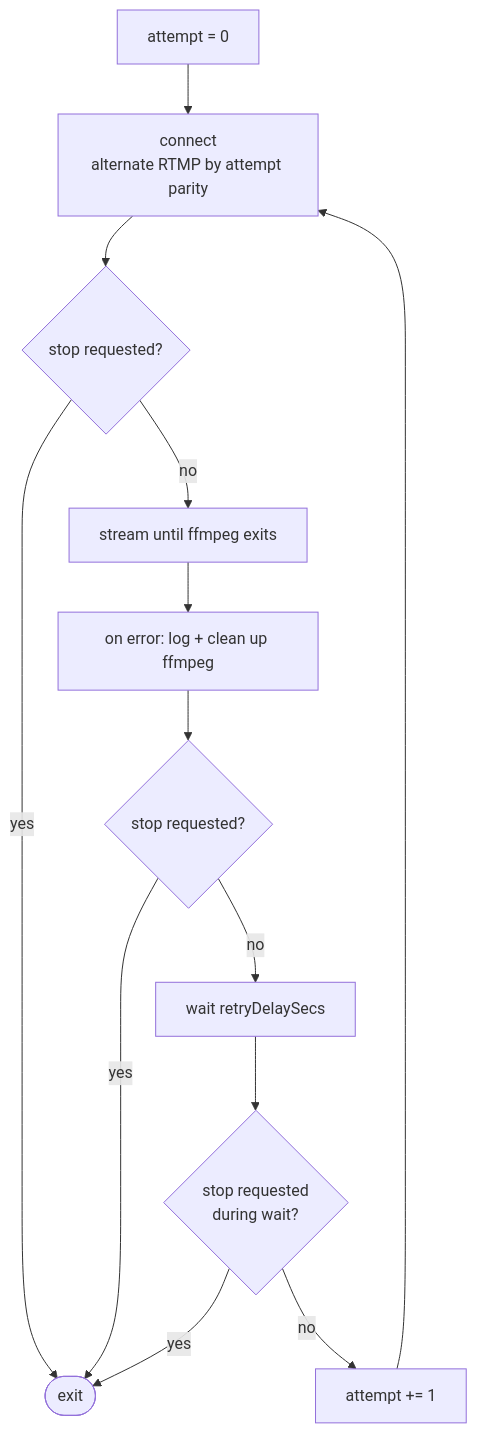
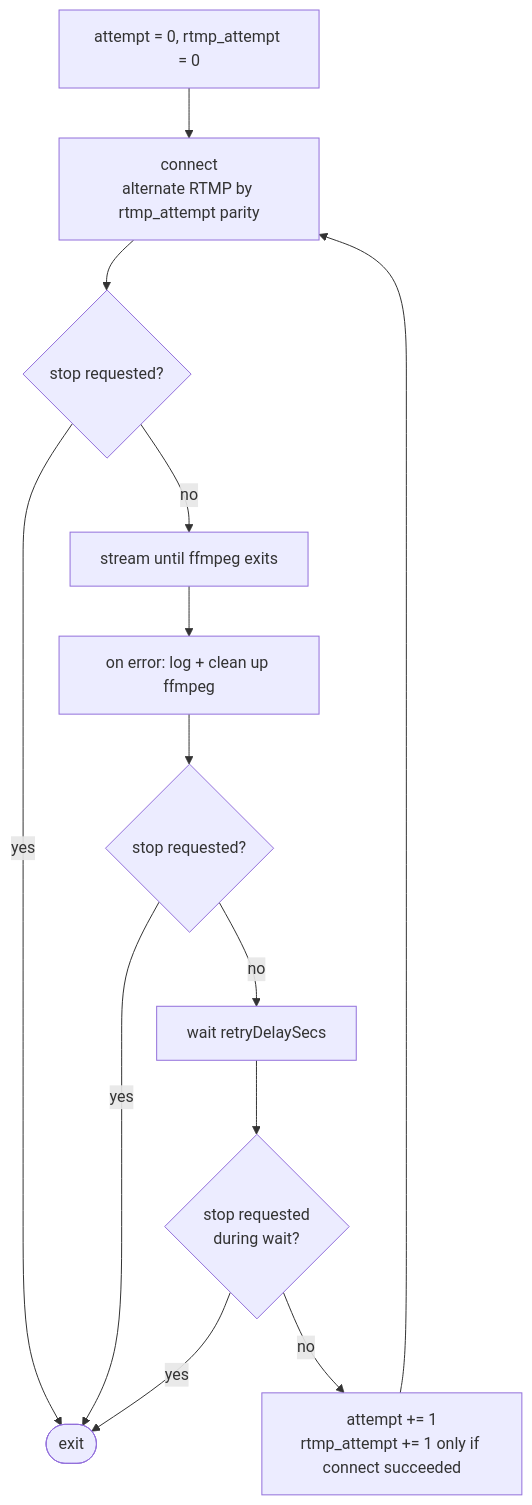
The diagram in docs/streaming.md (BCFreeFlight/Stream), drawn with Mermaid before and after one commit. The commit also changed other lines of this file and 17 other files, not shown here.

````diff
--- a/docs/streaming.md
+++ b/docs/streaming.md
@@ -54,15 +54,15 @@
 ```mermaid
 flowchart TD
-    A[attempt = 0] --> B[connect<br/>alternate RTMP by attempt parity]
+    A[attempt = 0, rtmp_attempt = 0] --> B[connect<br/>alternate RTMP by rtmp_attempt parity]
     B --> C{stop requested?}
     C -->|yes| Z([exit])
     C -->|no| D[stream until ffmpeg exits]
     D --> E[on error: log + clean up ffmpeg]
     E --> F{stop requested?}
     F -->|yes| Z
     F -->|no| G[wait retryDelaySecs]
     G --> H{stop requested<br/>during wait?}
     H -->|yes| Z
-    H -->|no| I[attempt += 1]
+    H -->|no| I["attempt += 1<br/>rtmp_attempt += 1 only if connect succeeded"]
     I --> B
 ```
````
